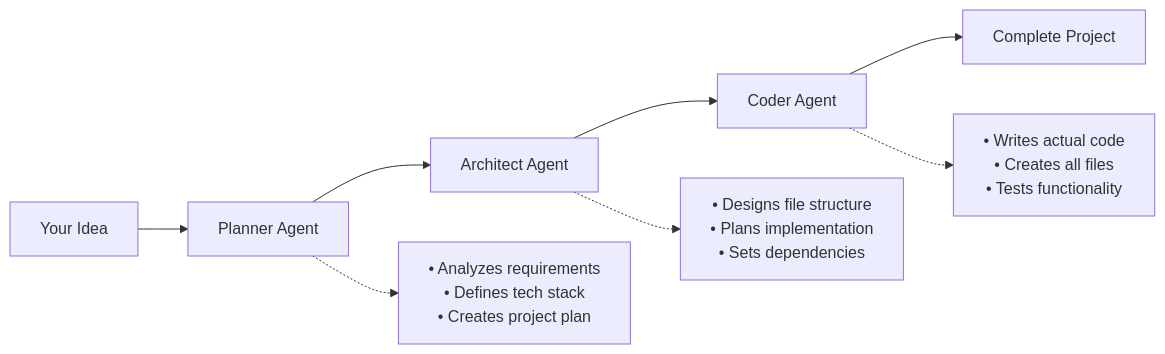
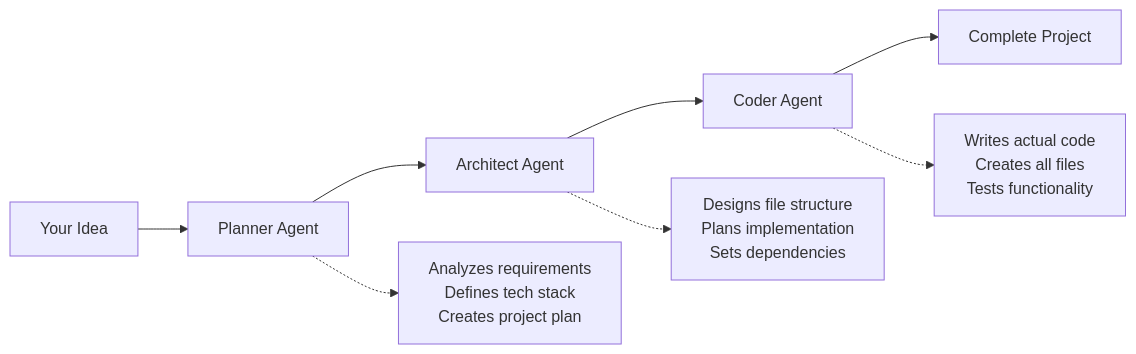
One commit to KshitizCodeHub/Architect_AI changed the first of 4 diagrams in README.md. Above: the diagram before and after it, drawn with Mermaid. The commit also changed other lines of this file, not shown here.

````diff
--- a/README.md
+++ b/README.md
@@ -24,11 +24,11 @@
 ```mermaid
 graph LR
     A[Your Idea] --> B[Planner Agent]
     B --> C[Architect Agent]
     C --> D[Coder Agent]
     D --> E[Complete Project]
     
-    B -.-> F["• Analyzes requirements<br/>• Defines tech stack<br/>• Creates project plan"]
-    C -.-> G["• Designs file structure<br/>• Plans implementation<br/>• Sets dependencies"]
-    D -.-> H["• Writes actual code<br/>• Creates all files<br/>• Tests functionality"]
+    B -.-> F[Analyzes requirements<br/>Defines tech stack<br/>Creates project plan]
+    C -.-> G[Designs file structure<br/>Plans implementation<br/>Sets dependencies]
+    D -.-> H[Writes actual code<br/>Creates all files<br/>Tests functionality]
 ```
````
